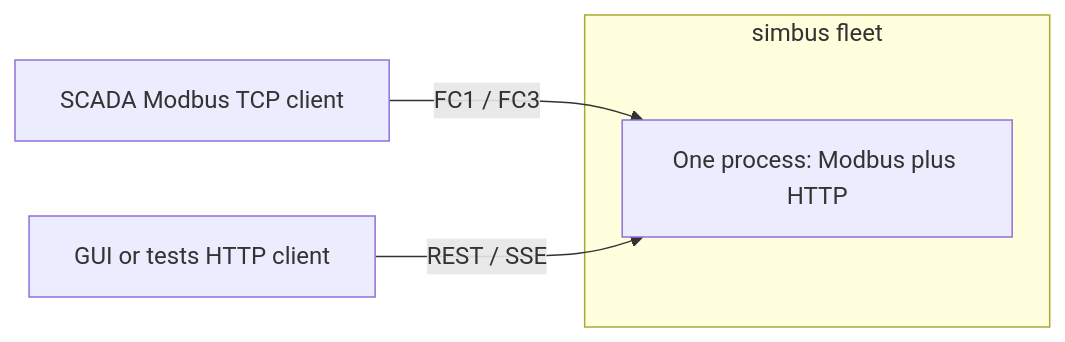
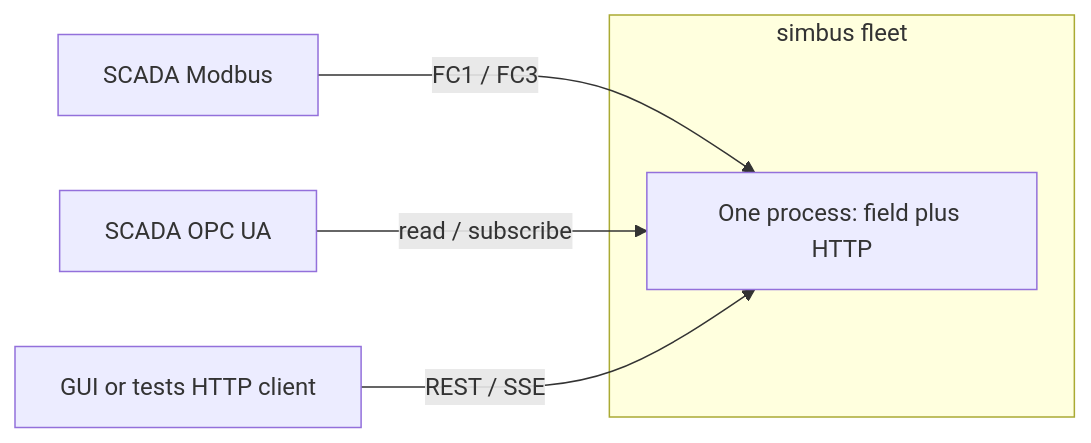
Before and after one commit to obsidia-systems/simbus: the first of 5 diagrams in README.md, drawn with Mermaid. The commit also changed other lines of this file and 8 other files, not shown here.

````diff
--- a/README.md
+++ b/README.md
@@ -18,10 +19,12 @@
 ```mermaid
 flowchart LR
     subgraph fleet [simbus fleet]
-        device[One process: Modbus plus HTTP]
+        device[One process: field plus HTTP]
     end
-    scada[SCADA Modbus TCP client]
+    scadaMb[SCADA Modbus]
+    scadaUa[SCADA OPC UA]
     gui[GUI or tests HTTP client]
-    scada -->|FC1 / FC3| device
+    scadaMb -->|FC1 / FC3| device
+    scadaUa -->|read / subscribe| device
     gui -->|REST / SSE| device
 ```
````
